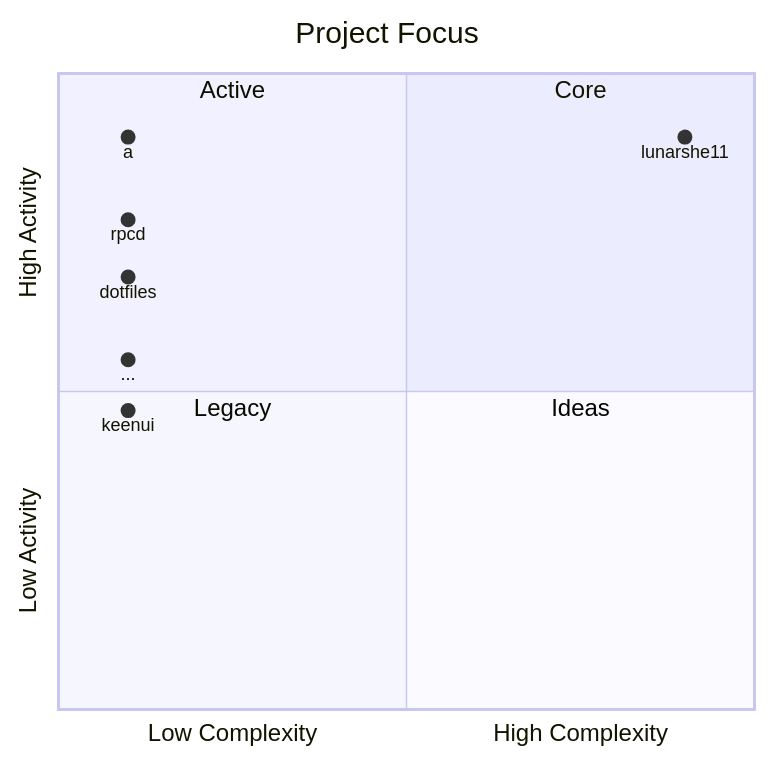
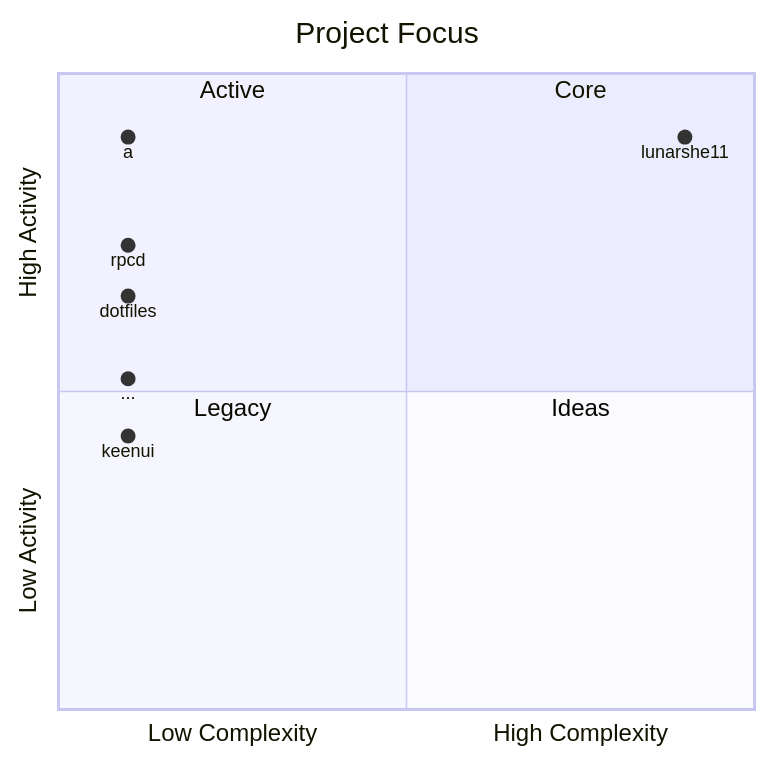
One commit to lunarshe11/lunarshe11 changed the first of 3 diagrams in README.md. Above: the diagram before and after it, drawn with Mermaid. The commit also changed other lines of this file, not shown here.

````diff
--- a/README.md
+++ b/README.md
@@ -13,16 +13,16 @@
 ```mermaid
 quadrantChart
     title Project Focus
     x-axis Low Complexity --> High Complexity
     y-axis Low Activity --> High Activity
     quadrant-1 Core
     quadrant-2 Active
     quadrant-3 Legacy
     quadrant-4 Ideas
     lunarshe11: [0.9, 0.9]
     a: [0.1, 0.9]
-    rpcd: [0.1, 0.77]
-    dotfiles: [0.1, 0.68]
-    ...: [0.1, 0.55]
-    keenui: [0.1, 0.47]
+    rpcd: [0.1, 0.73]
+    dotfiles: [0.1, 0.65]
+    ...: [0.1, 0.52]
+    keenui: [0.1, 0.43]
 ```
````
